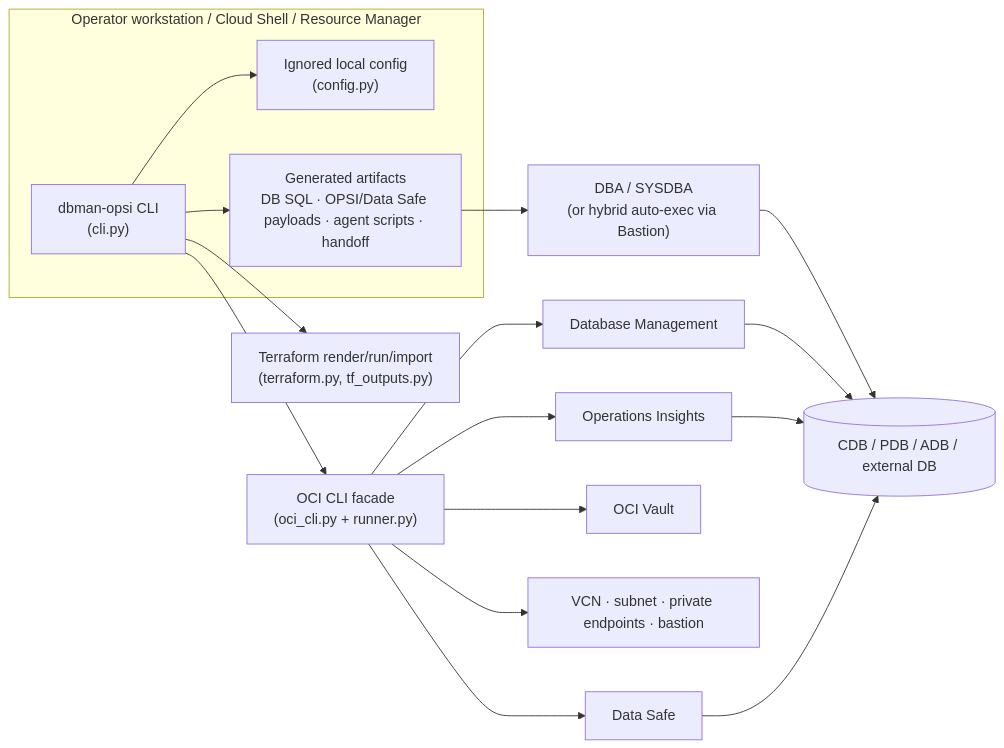
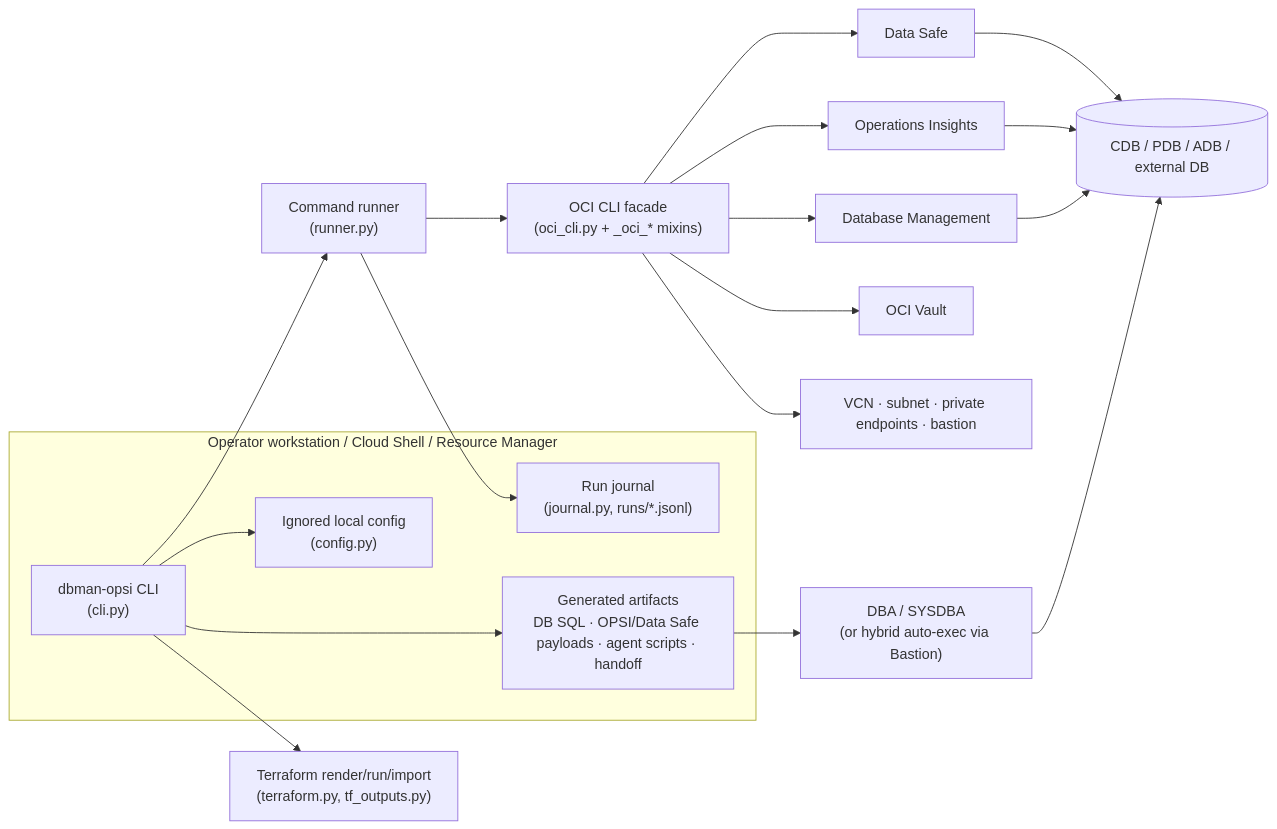
The first of 10 diagrams in docs/architecture.md (adibirzu/oci-dbman-opsi), drawn with Mermaid before and after one commit. The commit also changed other lines of this file and 7 other files, not shown here.

````diff
--- a/docs/architecture.md
+++ b/docs/architecture.md
@@ -15,25 +15,28 @@
 ```mermaid
 flowchart LR
   subgraph Local["Operator workstation / Cloud Shell / Resource Manager"]
     CLI["dbman-opsi CLI<br/>(cli.py)"]
     Cfg["Ignored local config<br/>(config.py)"]
+    Journal["Run journal<br/>(journal.py, runs/*.jsonl)"]
     Gen["Generated artifacts<br/>DB SQL · OPSI/Data Safe payloads · agent scripts · handoff"]
   end
 
   CLI --> Cfg
-  CLI --> OciCli["OCI CLI facade<br/>(oci_cli.py + runner.py)"]
+  CLI --> Runner["Command runner<br/>(runner.py)"]
+  Runner --> Journal
+  Runner --> OciCli["OCI CLI facade<br/>(oci_cli.py + _oci_* mixins)"]
   CLI --> TF["Terraform render/run/import<br/>(terraform.py, tf_outputs.py)"]
   CLI --> Gen
 
   OciCli --> DBM["Database Management"]
   OciCli --> OPSI["Operations Insights"]
   OciCli --> DS["Data Safe"]
   OciCli --> Vault["OCI Vault"]
   OciCli --> Net["VCN · subnet · private endpoints · bastion"]
 
   Gen --> DBA["DBA / SYSDBA<br/>(or hybrid auto-exec via Bastion)"]
   DBA --> DB[("CDB / PDB / ADB / external DB")]
   DBM --> DB
   OPSI --> DB
   DS --> DB
 ```
````
